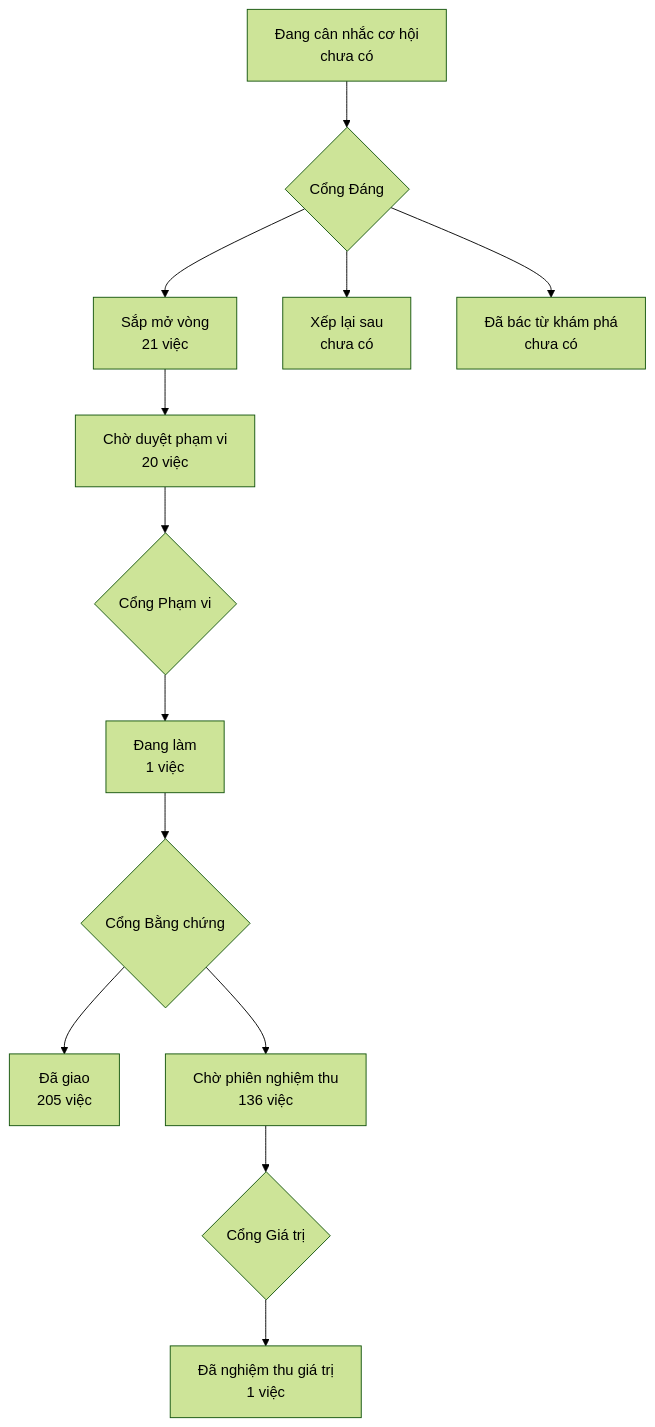
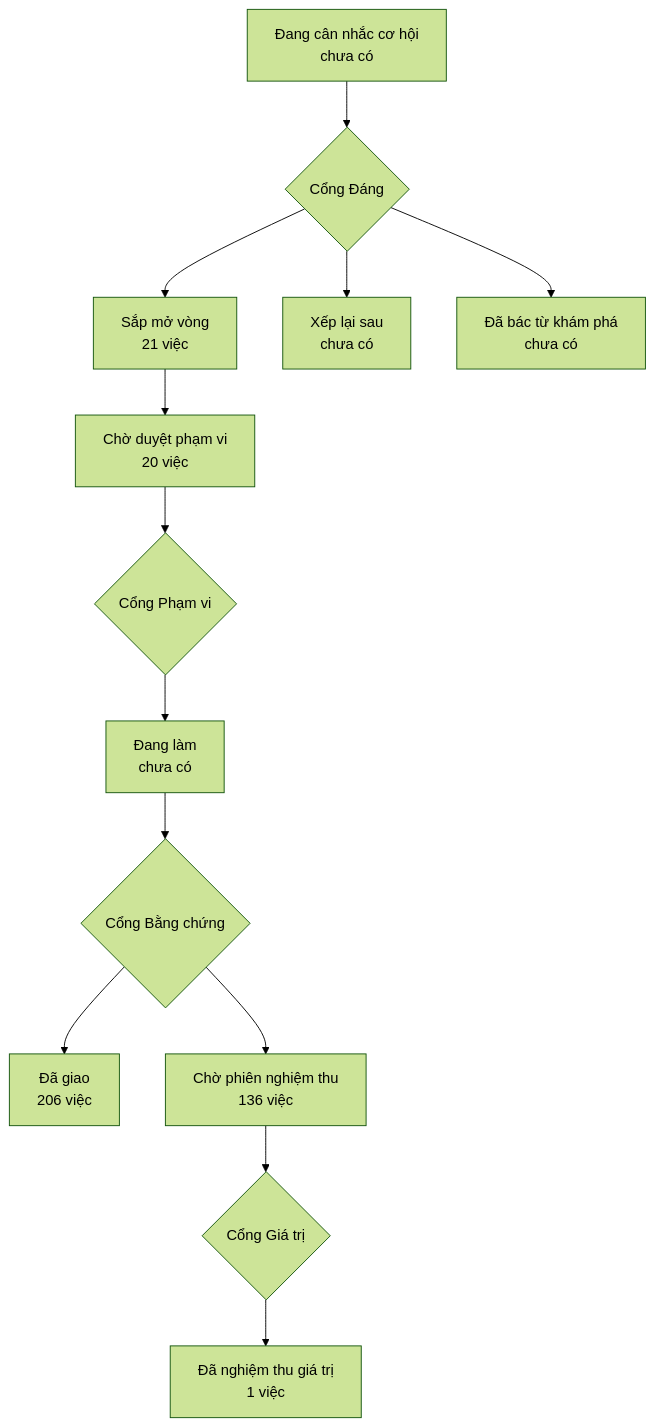
The diagram in PRODUCT-MAP.md (phanlemanh/onehub-invest), drawn with Mermaid (forest theme) before and after one commit. The commit also changed other lines of this file and 4 other files, not shown here.

````diff
--- a/PRODUCT-MAP.md
+++ b/PRODUCT-MAP.md
@@ -7,12 +7,12 @@
 ```mermaid
 flowchart TD
   A["Đang cân nhắc cơ hội<br/>chưa có"] --> GD{"Cổng Đáng"}
   GD --> B["Sắp mở vòng<br/>21 việc"]
   GD --> XL["Xếp lại sau<br/>chưa có"]
   GD --> DB["Đã bác từ khám phá<br/>chưa có"]
   B --> CD["Chờ duyệt phạm vi<br/>20 việc"] --> GP{"Cổng Phạm vi"}
-  GP --> DL["Đang làm<br/>1 việc"] --> GB{"Cổng Bằng chứng"}
-  GB --> DG["Đã giao<br/>205 việc"]
+  GP --> DL["Đang làm<br/>chưa có"] --> GB{"Cổng Bằng chứng"}
+  GB --> DG["Đã giao<br/>206 việc"]
   GB --> CN["Chờ phiên nghiệm thu<br/>136 việc"] --> GG{"Cổng Giá trị"}
   GG --> NT["Đã nghiệm thu giá trị<br/>1 việc"]
 ```
````
